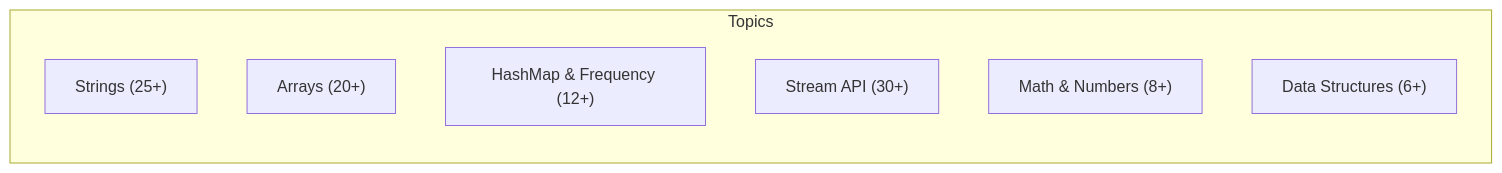
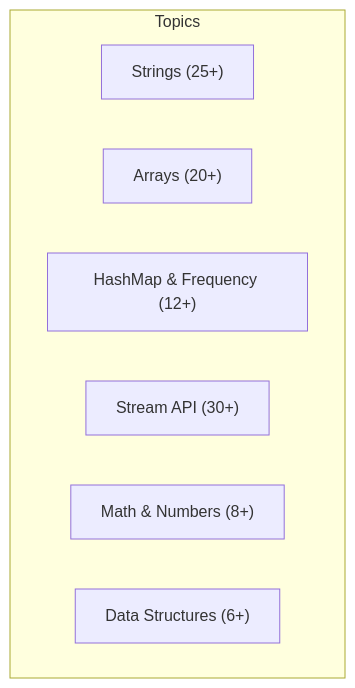
The diagram in docs/interview/company-coding.md (saivamsikaruturi/vamsilabs-dev-notes-main), drawn with Mermaid before and after one commit. The commit also changed 146 other files, not shown here.

Commit message:
Horizontal diagrams, UML class diagrams, typography overhaul, and permalink cleanup

````diff
--- a/docs/interview/company-coding.md
+++ b/docs/interview/company-coding.md
@@ -9,12 +9,12 @@
 ```mermaid
 flowchart LR
     subgraph Topics
-        direction TB
+        direction LR
         S["Strings (25+)"]
         A["Arrays (20+)"]
         H["HashMap & Frequency (12+)"]
         ST["Stream API (30+)"]
         M["Math & Numbers (8+)"]
         DS["Data Structures (6+)"]
     end
 ```
````
